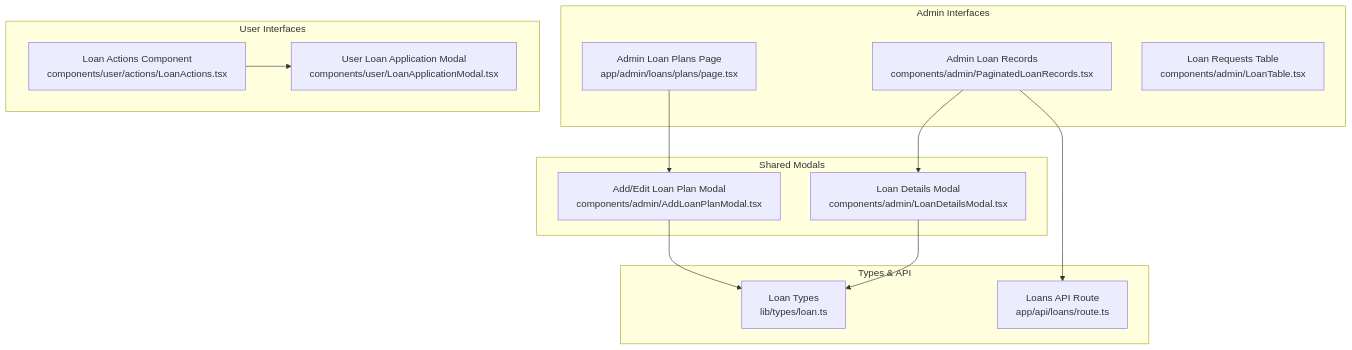
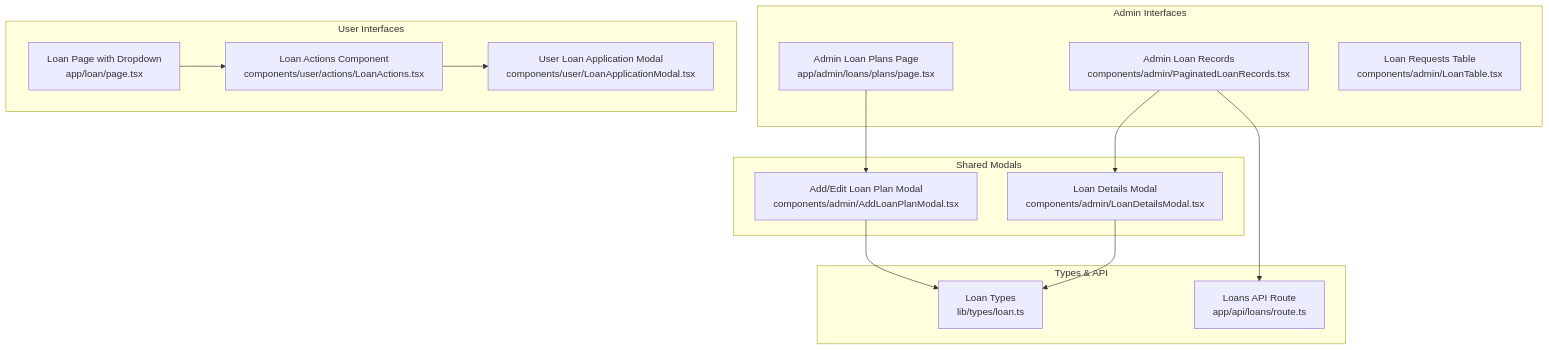
One commit to Unsure-bry/sampacoop_system changed the first of 6 diagrams in .qoder/repowiki/en/content/Loan Management System/Loan Plan Management.md. Above: the diagram before and after it, drawn with Mermaid. The commit also changed other lines of this file and 6 other files, not shown here.

````diff
--- a/.qoder/repowiki/en/content/Loan Management System/Loan Plan Management.md
+++ b/.qoder/repowiki/en/content/Loan Management System/Loan Plan Management.md
@@ -47,26 +48,28 @@
 ```mermaid
 graph TB
 subgraph "Admin Interfaces"
 AdminPlans["Admin Loan Plans Page<br/>app/admin/loans/plans/page.tsx"]
 AdminRecords["Admin Loan Records<br/>components/admin/PaginatedLoanRecords.tsx"]
 AdminTable["Loan Requests Table<br/>components/admin/LoanTable.tsx"]
 end
 subgraph "Shared Modals"
 AddPlanModal["Add/Edit Loan Plan Modal<br/>components/admin/AddLoanPlanModal.tsx"]
 LoanDetailsModal["Loan Details Modal<br/>components/admin/LoanDetailsModal.tsx"]
 end
 subgraph "User Interfaces"
 UserLoanActions["Loan Actions Component<br/>components/user/actions/LoanActions.tsx"]
 UserAppModal["User Loan Application Modal<br/>components/user/LoanApplicationModal.tsx"]
+LoanPage["Loan Page with Dropdown<br/>app/loan/page.tsx"]
 end
 subgraph "Types & API"
 LoanTypes["Loan Types<br/>lib/types/loan.ts"]
 LoansAPI["Loans API Route<br/>app/api/loans/route.ts"]
 end
 AdminPlans --> AddPlanModal
 AdminRecords --> LoanDetailsModal
 UserLoanActions --> UserAppModal
+LoanPage --> UserLoanActions
 AddPlanModal --> LoanTypes
 LoanDetailsModal --> LoanTypes
 AdminRecords --> LoansAPI
 ```
````
